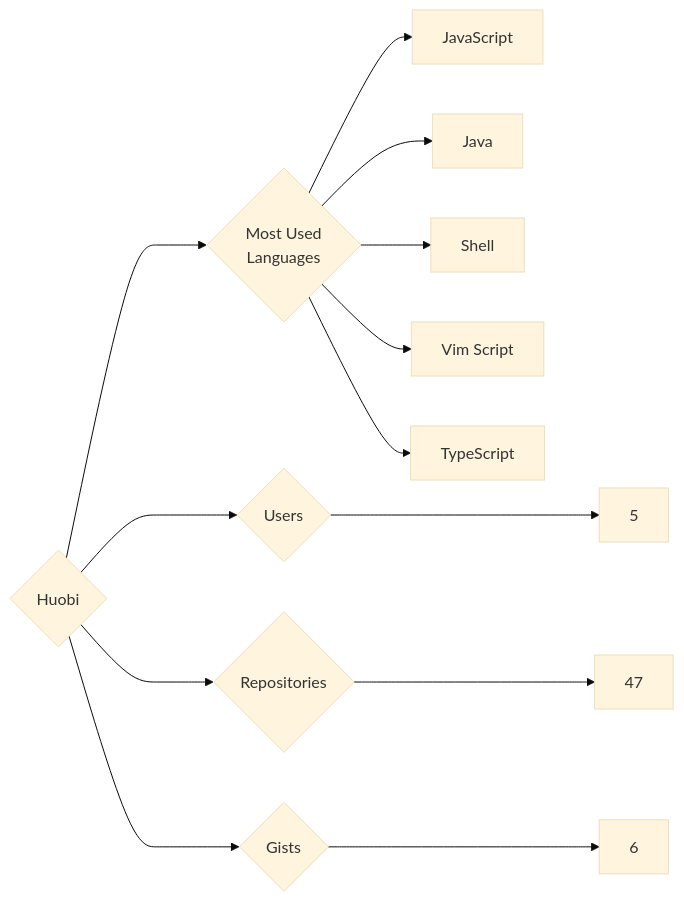
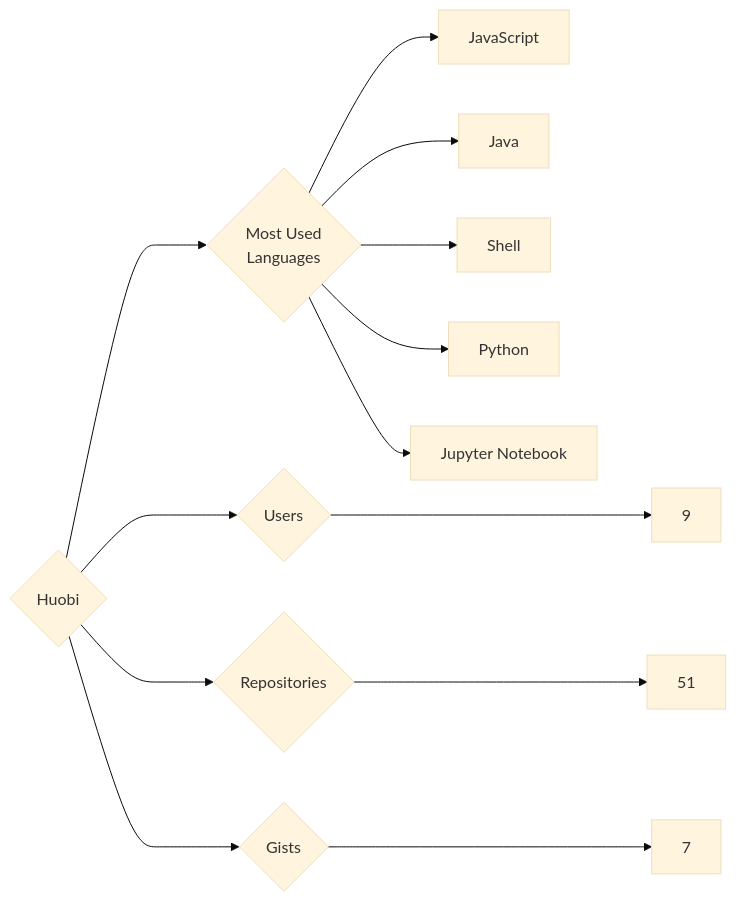
The diagram in targets/Huobi/README.md (trickest/insiders), drawn with Mermaid (base theme) before and after one commit. The commit also changed 859 other files, not shown here.

````diff
--- a/targets/Huobi/README.md
+++ b/targets/Huobi/README.md
@@ -3,13 +3,13 @@
 ```mermaid
 graph LR
 COMPANY_NAME{Huobi}
-COMPANY_NAME ---> U{Users} ---> UN[5]
-COMPANY_NAME ---> R{Repositories} ---> RN[47]
-COMPANY_NAME ---> G{Gists} ---> GN[6]
+COMPANY_NAME ---> U{Users} ---> UN[9]
+COMPANY_NAME ---> R{Repositories} ---> RN[51]
+COMPANY_NAME ---> G{Gists} ---> GN[7]
 COMPANY_NAME ---> ML{Most Used<br>Languages}
 ML --> JavaScript[JavaScript]
 ML --> Java[Java]
 ML --> Shell[Shell]
-ML --> Vim_Script[Vim Script]
-ML --> TypeScript[TypeScript]
+ML --> Python[Python]
+ML --> Jupyter_Notebook[Jupyter Notebook]
 ```
````
